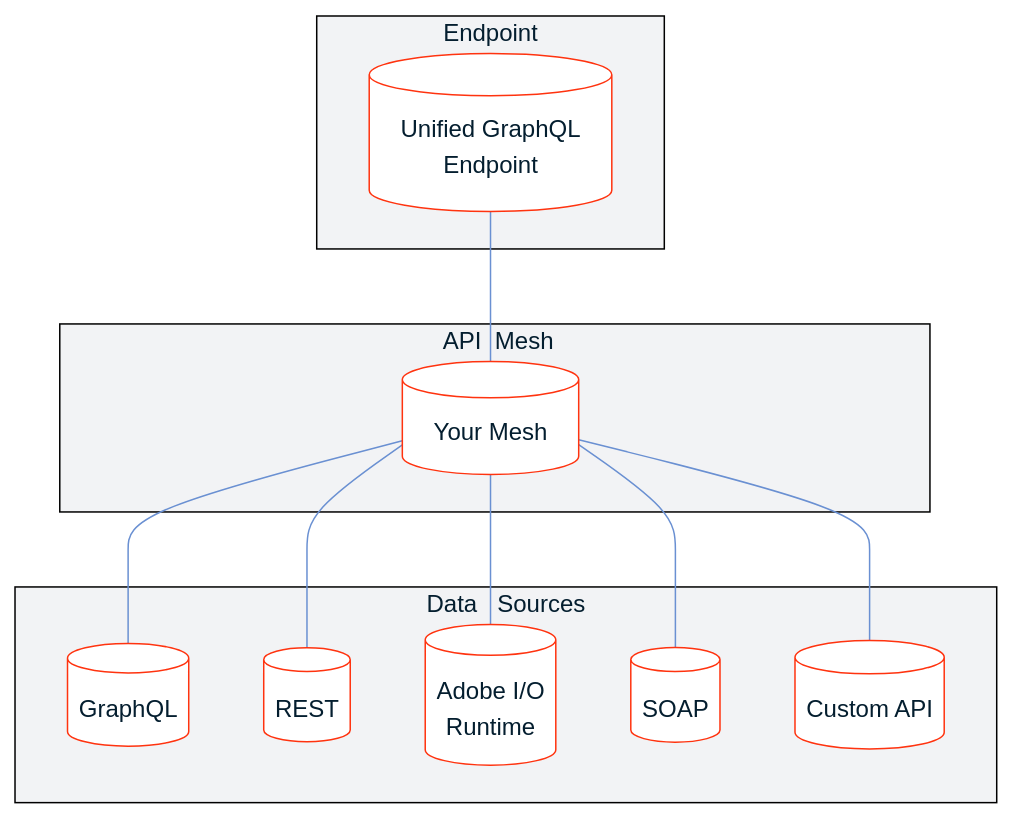
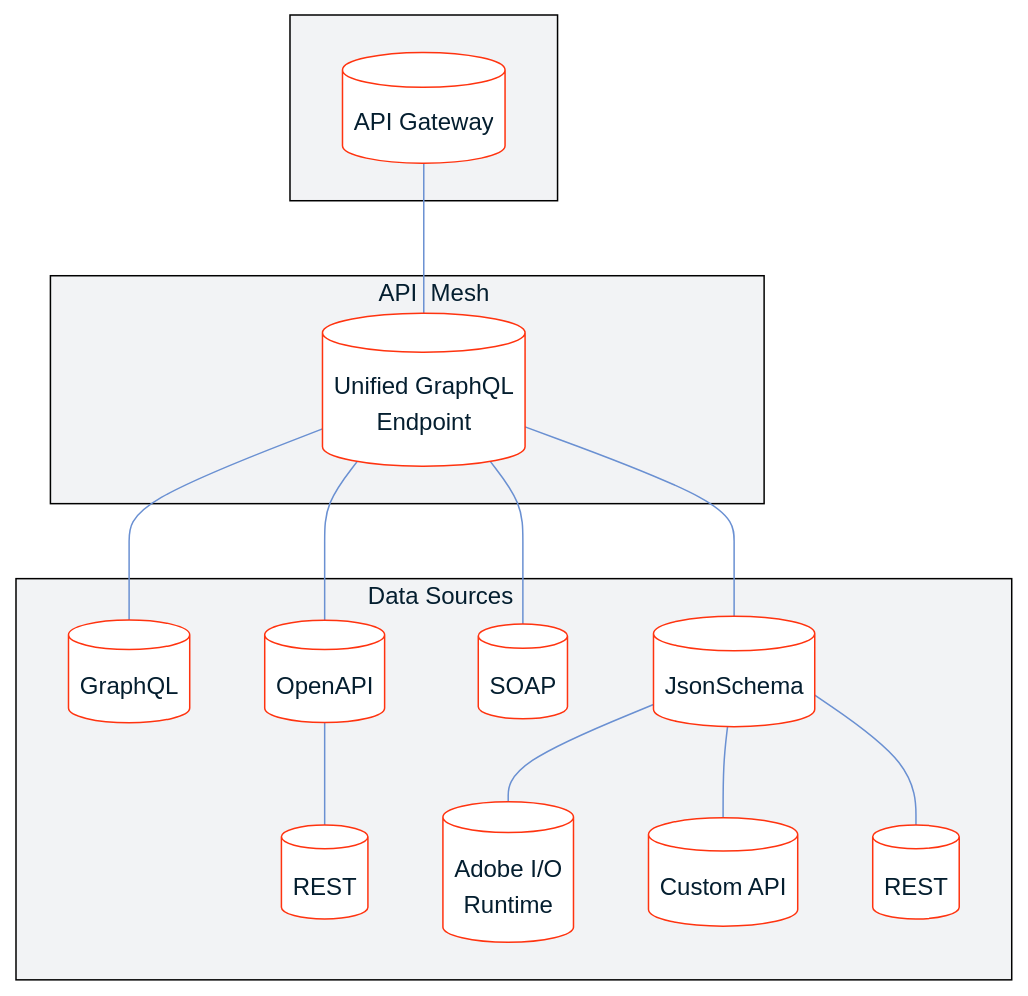
The diagram in src/pages/_images/api-mesh-diagram.mmd (AdobeDocs/commerce-extensibility), drawn with Mermaid before and after one commit. The commit also changed 2 other files, not shown here.

```diff
--- a/src/pages/_images/api-mesh-diagram.mmd
+++ b/src/pages/_images/api-mesh-diagram.mmd
@@ -1,36 +1,45 @@
 %%{
   init: {
     'theme': 'base',
     'themeVariables': {
       'primaryColor': '#fff',
       'primaryTextColor': '#041E2F',
       'tertiaryTextColor': '#fffff',
       'primaryBorderColor': '#FF330F',
       'lineColor': '#6A90D2',
-      'secondaryColor': '#fff',
+      'secondaryColor': '#006100',
       'tertiaryColor': '#F2F3F5',
       'clusterBorder': '#000'
     }
   }
 }%%
 flowchart TD
-    subgraph Endpoint 
-    A[(&nbsp&nbsp&nbspUnified GraphQL&nbsp&nbsp&nbsp \n Endpoint)]
+    subgraph  
+    A[(API Gateway)]
     end
-    subgraph &nbspAPI&nbsp&nbspMesh
-    B[(&nbsp&nbsp&nbspYour Mesh&nbsp&nbsp&nbsp)]
+    subgraph &nbsp&nbsp&nbsp&nbsp&nbsp&nbsp&nbsp&nbspAPI &nbspMesh
+    B[(Unified GraphQL \nEndpoint)]
     end
-    subgraph Data  &nbsp Sources
+    subgraph Data Sources &nbsp&nbsp&nbsp&nbsp&nbsp&nbsp&nbsp&nbsp&nbsp&nbsp&nbsp&nbsp&nbsp&nbsp&nbsp&nbsp&nbsp&nbsp&nbsp&nbsp&nbsp
     C[(GraphQL)] 
-    D[( REST )] 
-    E[( Adobe I/O \n Runtime )] 
+    D[( OpenAPI )] 
+    D1[( REST )] 
+
     F[(SOAP)]
-    G[(Custom API)]
+    E[( JsonSchema )] 
+
+    E1[( Adobe I/O \n Runtime )] 
+    E2[(Custom API)]
+    E3[( REST )] 
+
     end
 
     A --- B
     B --- C
     B --- D
     B --- E
+    D --- D1
     B --- F
-    B --- G
+    E --- E1
+    E --- E2
+    E --- E3
```
